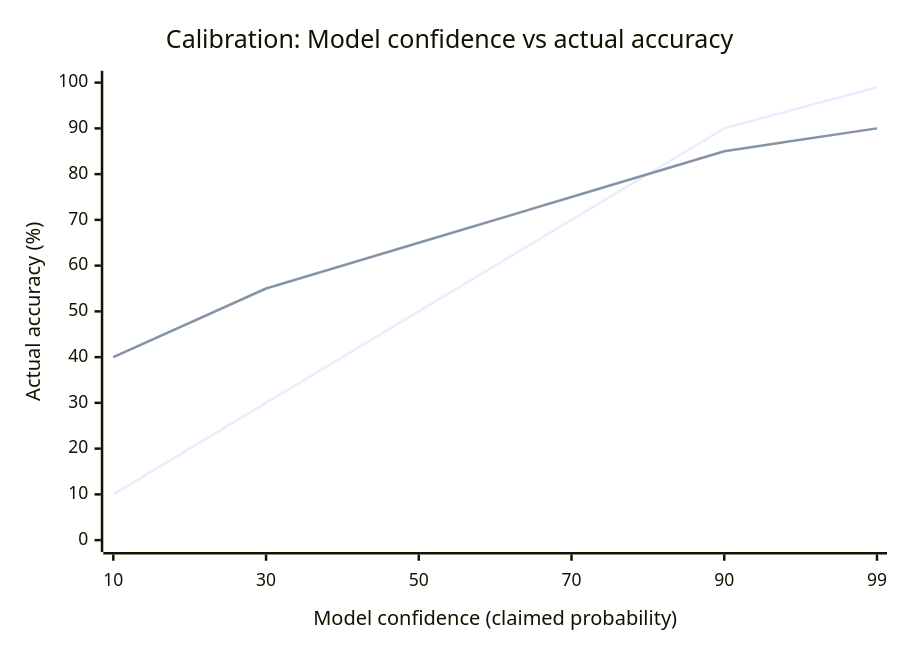
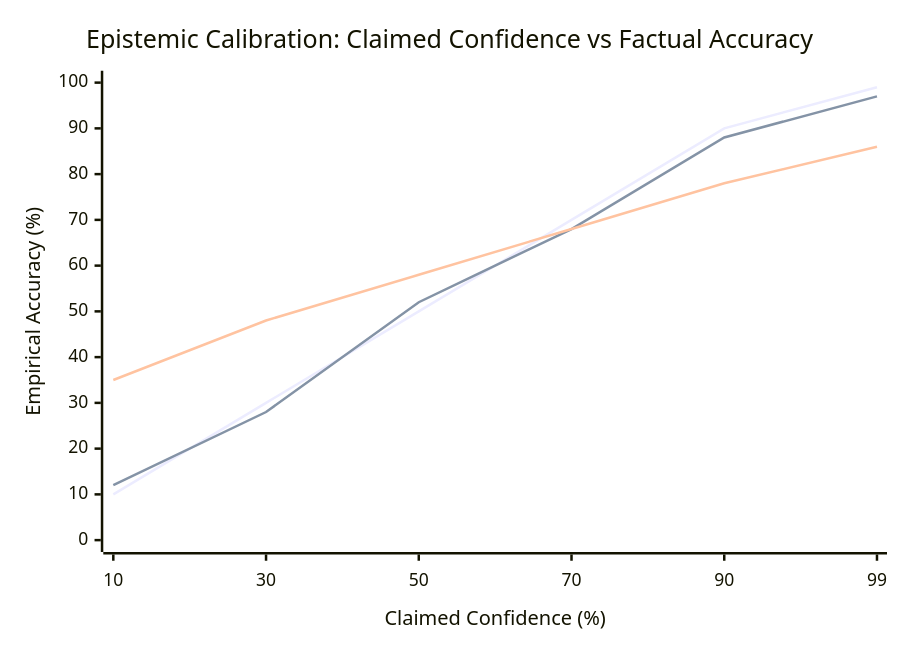
Before and after one commit to yingwang/thinking-in-llm: the fifth of 7 diagrams in en/chapters/07-hallucination.md, drawn with Mermaid. The commit also changed other lines of this file and 31 other files, not shown here.

````diff
--- a/en/chapters/07-hallucination.md
+++ b/en/chapters/07-hallucination.md
@@ -527,8 +420,9 @@
 ```mermaid
 xychart-beta
-    title "Calibration: Model confidence vs actual accuracy"
-    x-axis "Model confidence (claimed probability)" [10, 30, 50, 70, 90, 99]
-    y-axis "Actual accuracy (%)" 0 --> 100
-    line "Ideal curve" [10, 30, 50, 70, 90, 99]
-    line "Model after RLHF" [40, 55, 65, 75, 85, 90]
+    title "Epistemic Calibration: Claimed Confidence vs Factual Accuracy"
+    x-axis "Claimed Confidence (%)" [10, 30, 50, 70, 90, 99]
+    y-axis "Empirical Accuracy (%)" 0 --> 100
+    line "Ideal Calibration" [10, 30, 50, 70, 90, 99]
+    line "Base Model (Un-aligned)" [12, 28, 52, 68, 88, 97]
+    line "Aligned Model (RLHF Distortion)" [35, 48, 58, 68, 78, 86]
 ```
````
